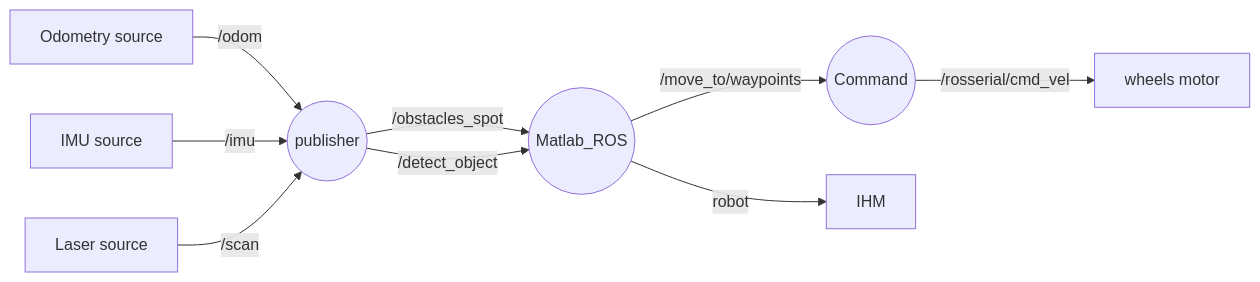
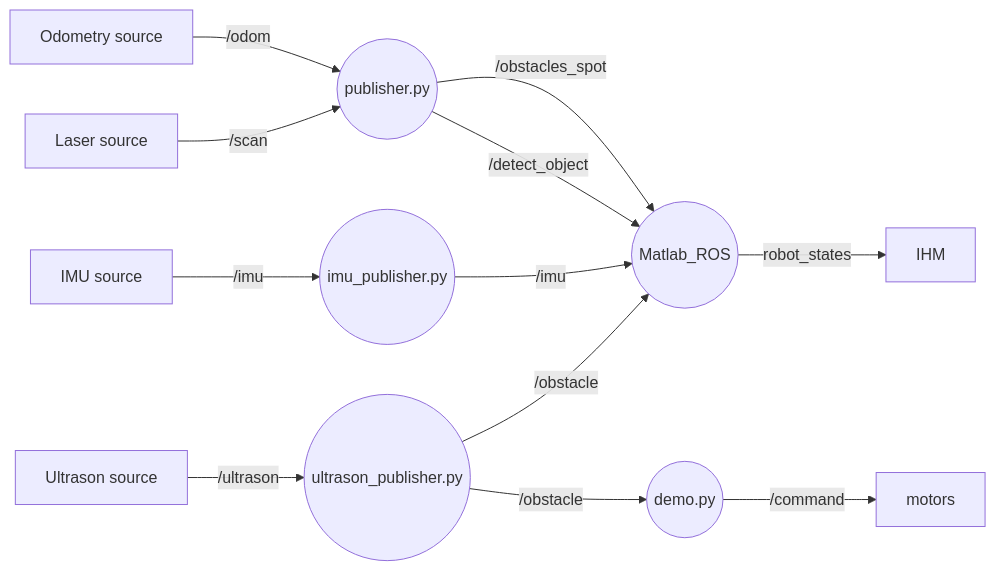
One commit to estellebriand/Projet_majeure_master_5A changed the first of 2 diagrams in README.md. Above: the diagram before and after it, drawn with Mermaid. The commit also changed other lines of this file, not shown here.

````diff
--- a/README.md
+++ b/README.md
@@ -89,14 +89,20 @@
 ```mermaid
 graph LR
 
-    T1[Odometry source] -- /odom --> Node1((publisher))
-    T2[IMU source] -- /imu --> Node1((publisher))
-    T3[Laser source] -- /scan --> Node1((publisher))
+    S1[Odometry source] -- /odom --> Node_pub((publisher.py))
+    S2[Laser source] -- /scan --> Node_pub((publisher.py))
+    S3[IMU source] -- /imu --> Node_imu((imu_publisher.py))  
+    S4[Ultrason source] -- /ultrason -->Node_ultrason((ultrason_publisher.py))
+    
+    Node_ultrason -- /obstacle --> Node_demo((demo.py))
 
-    Node2 -- /move_to/waypoints --> Node_command((Command))
-    Node_command((Command)) -- /rosserial/cmd_vel --> T4[wheels motor]
-
-    Node1 -- /obstacles_spot -->Node2((Matlab_ROS))
-    Node1 -- /detect_object -->Node2((Matlab_ROS))
-    Node2 -- robot -->IHM[IHM]
+    Node_demo((demo.py)) -- /command --> T1[motors]
+    
+    Node_pub-- /obstacles_spot -->Node_matlab((Matlab_ROS))
+    Node_pub -- /detect_object -->Node_matlab
+    Node_imu -- /imu --> Node_matlab
+    Node_ultrason -- /obstacle --> Node_matlab
+    
+    
+    Node_matlab -- robot_states -->IHM[IHM]
 ```
````
